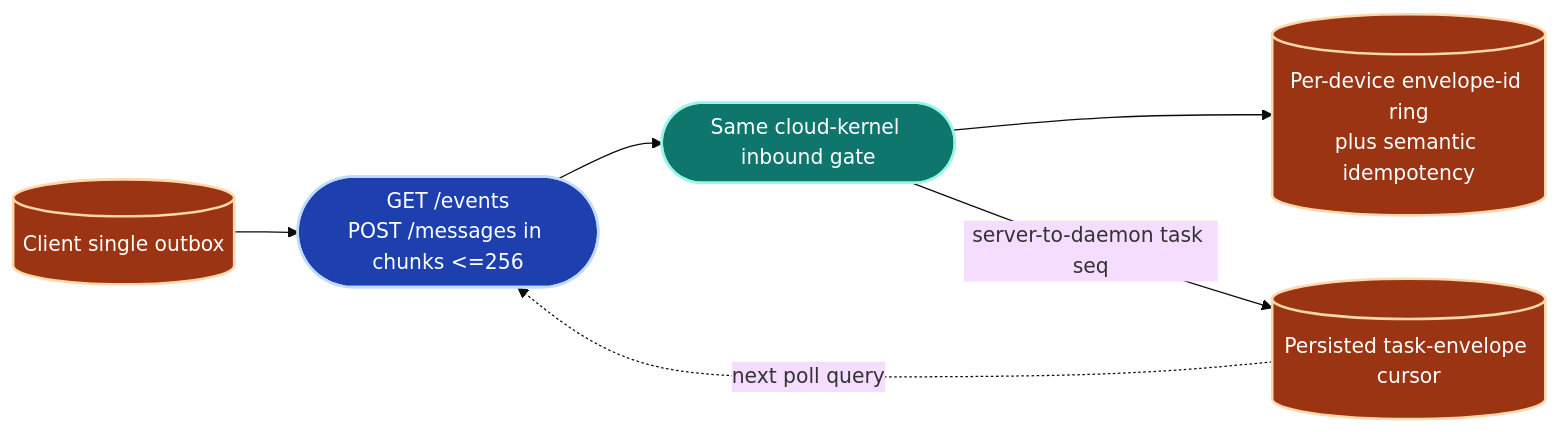
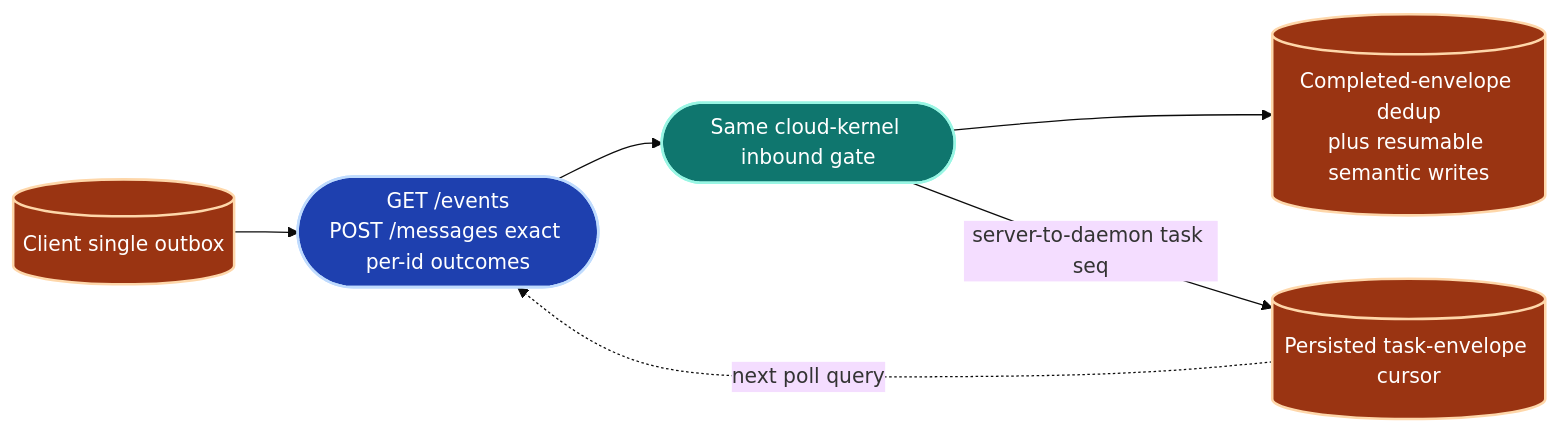
One commit to Ancienttwo/byok-sdk changed diagram 13 of 23 in docs/architecture/sdk-architecture.md. Above: the diagram before and after it, drawn with Mermaid (base theme). The commit also changed other lines of this file and 1 other file, not shown here.

Commit message:
docs(architecture): record reliability closure boundaries

````diff
--- a/docs/architecture/sdk-architecture.md
+++ b/docs/architecture/sdk-architecture.md
@@ -847,17 +860,17 @@
 ```mermaid
 flowchart LR
   classDef primary fill:#1e40af,stroke:#bfdbfe,stroke-width:2px,color:#fff
   classDef store fill:#9a3412,stroke:#fed7aa,stroke-width:2px,color:#fff
   classDef gate fill:#0f766e,stroke:#99f6e4,stroke-width:2px,color:#fff
 
   Outbox[("Client single outbox")]:::store
-  Poll(["GET /events<br/>POST /messages in chunks <=256"]):::primary
+  Poll(["GET /events<br/>POST /messages exact per-id outcomes"]):::primary
   Cloud(["Same cloud-kernel inbound gate"]):::gate
   Cursor[("Persisted task-envelope cursor")]:::store
-  Dedup[("Per-device envelope-id ring<br/>plus semantic idempotency")]:::store
+  Dedup[("Completed-envelope dedup<br/>plus resumable semantic writes")]:::store
 
   Outbox --> Poll --> Cloud
   Cloud --> Dedup
   Cloud -->|"server-to-daemon task seq"| Cursor
   Cursor -.->|"next poll query"| Poll
 ```
````
